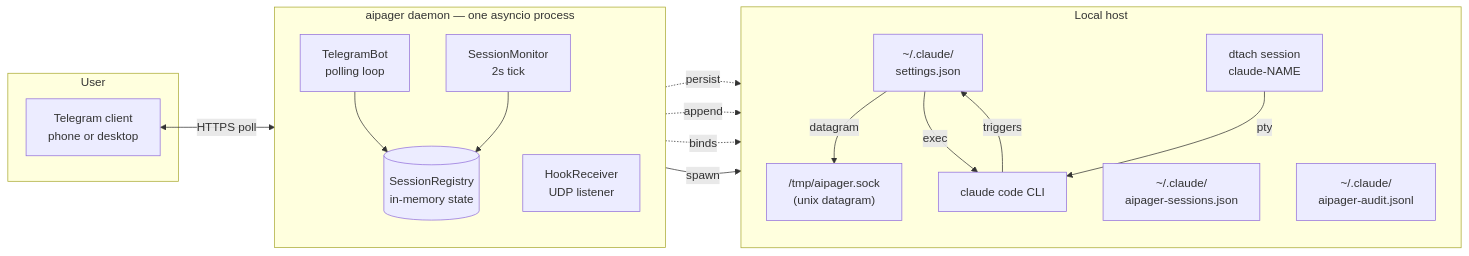
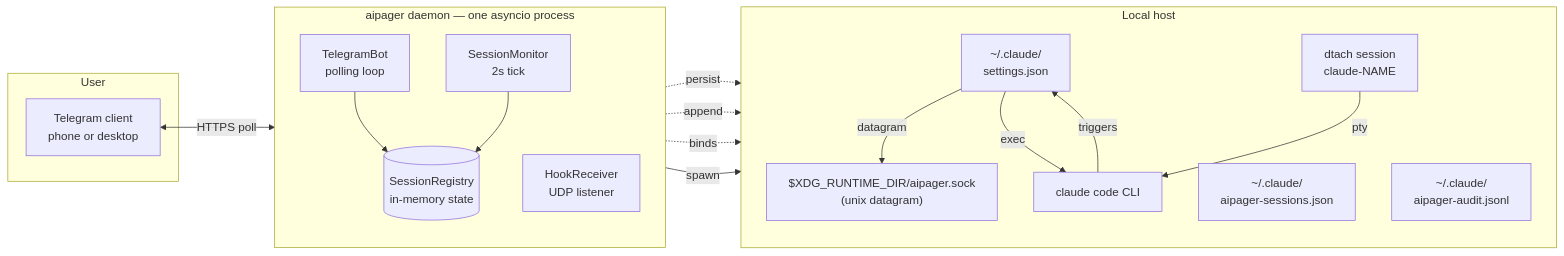
Before and after one commit to dev-aly3n/aipager: the diagram in docs/architecture.md, drawn with Mermaid. The commit also changed other lines of this file and 6 other files, not shown here.

````diff
--- a/docs/architecture.md
+++ b/docs/architecture.md
@@ -11,37 +11,37 @@
 ```mermaid
 flowchart LR
   subgraph User
     TG["Telegram client<br>phone or desktop"]
   end
 
   subgraph Daemon["aipager daemon — one asyncio process"]
     direction TB
     Bot["TelegramBot<br>polling loop"]
     HookRx["HookReceiver<br>UDP listener"]
     Mon["SessionMonitor<br>2s tick"]
     Reg[("SessionRegistry<br>in-memory state")]
   end
 
   subgraph Host["Local host"]
     direction TB
-    Sock["/tmp/aipager.sock<br>(unix datagram)"]
+    Sock["$XDG_RUNTIME_DIR/aipager.sock<br>(unix datagram)"]
     Dtach["dtach session<br>claude-NAME"]
     Claude["claude code CLI"]
     Hooks["~/.claude/<br>settings.json"]
     State["~/.claude/<br>aipager-sessions.json"]
     Audit["~/.claude/<br>aipager-audit.jsonl"]
   end
 
   TG <-->|HTTPS poll| Bot
   Bot --> Reg
   Mon --> Reg
   Reg -. persist .-> State
   Reg -. append .-> Audit
 
   HookRx -. binds .-> Sock
   Hooks -- datagram --> Sock
   Hooks -- exec --> Claude
   Bot -- spawn --> Dtach
   Dtach -- pty --> Claude
   Claude -- triggers --> Hooks
 ```
````
